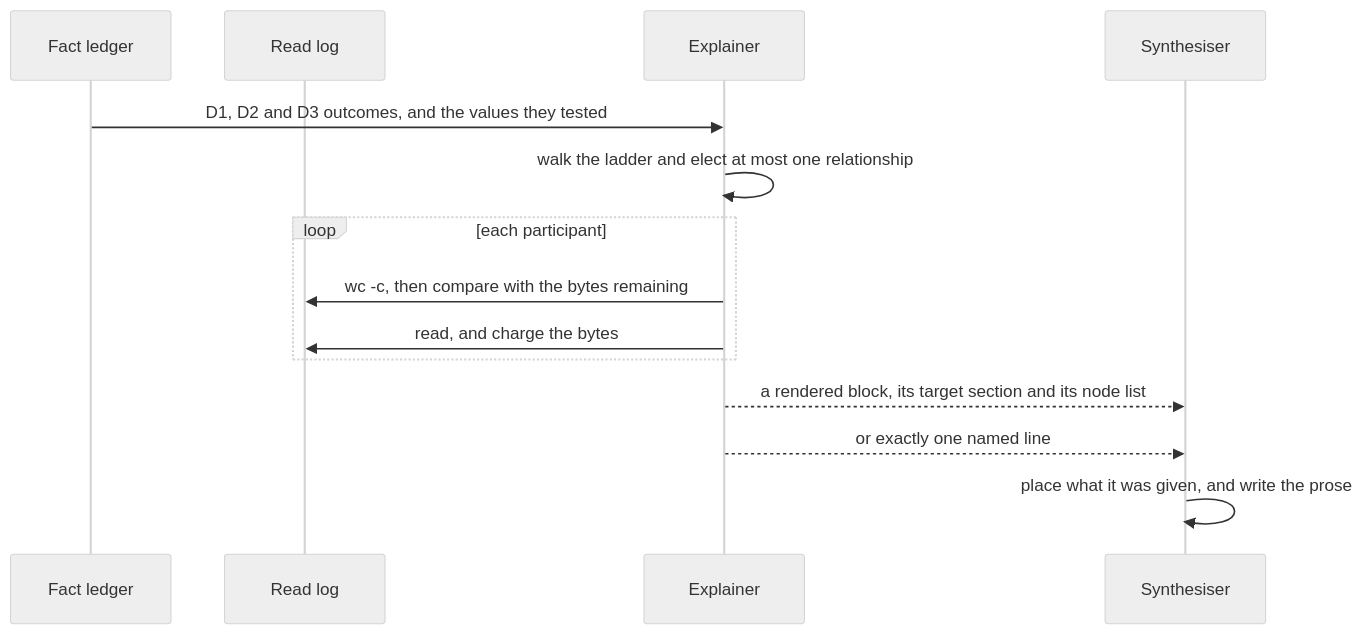
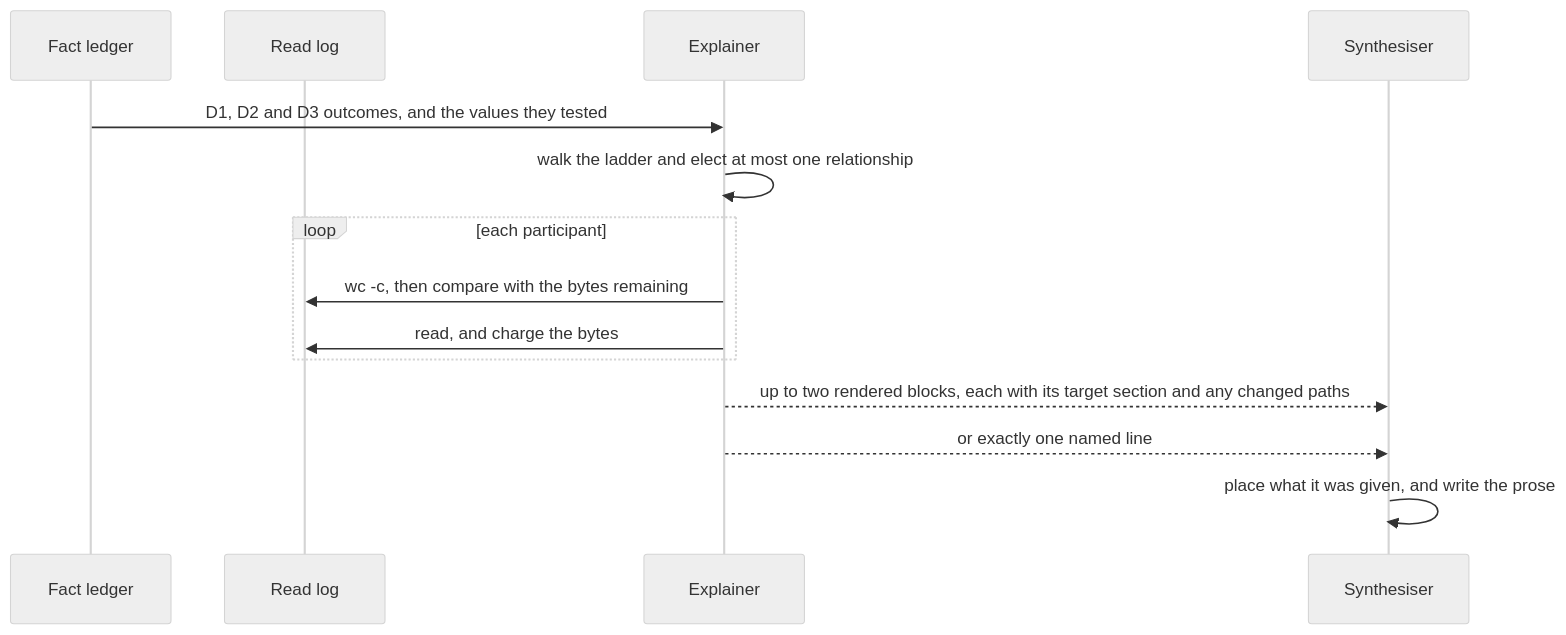
Before and after one commit to BrighterCommand/Brighter: the first of 2 diagrams in docs/adr/0077-show-me-visual-explanation.md, drawn with Mermaid (neutral theme). The commit also changed other lines of this file and 4 other files, not shown here.

````diff
--- a/docs/adr/0077-show-me-visual-explanation.md
+++ b/docs/adr/0077-show-me-visual-explanation.md
@@ -169,16 +171,16 @@
 ```mermaid
 sequenceDiagram
     participant L as Fact ledger
     participant R as Read log
     participant E as Explainer
     participant S as Synthesiser
     L->>E: D1, D2 and D3 outcomes, and the values they tested
     E->>E: walk the ladder and elect at most one relationship
     loop each participant
         E->>R: wc -c, then compare with the bytes remaining
         E->>R: read, and charge the bytes
     end
-    E-->>S: a rendered block, its target section and its node list
+    E-->>S: up to two rendered blocks, each with its target section and any changed paths
     E-->>S: or exactly one named line
     S->>S: place what it was given, and write the prose
 ```
````
